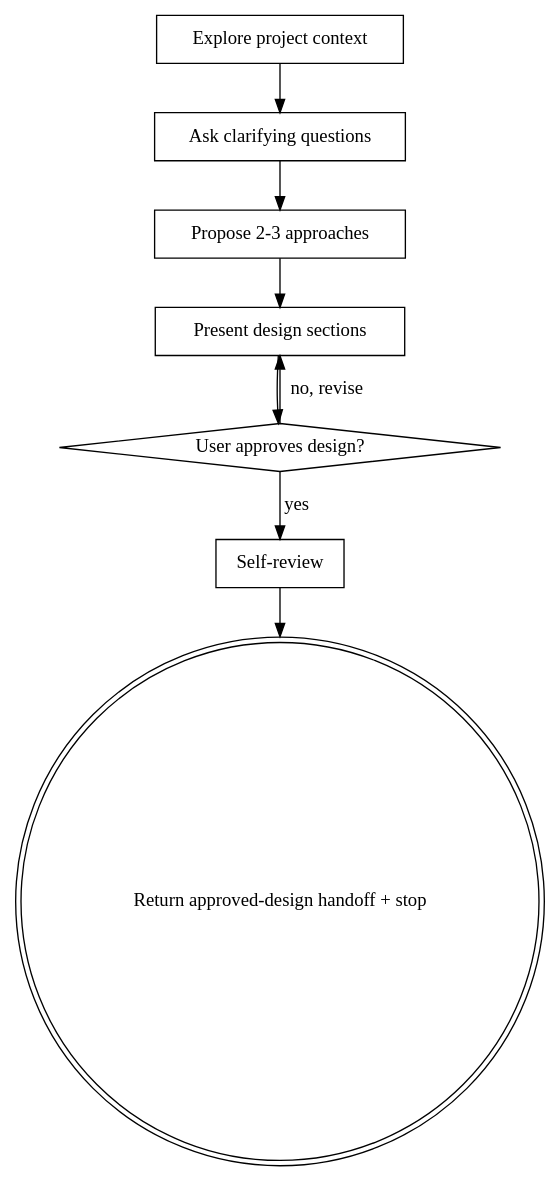
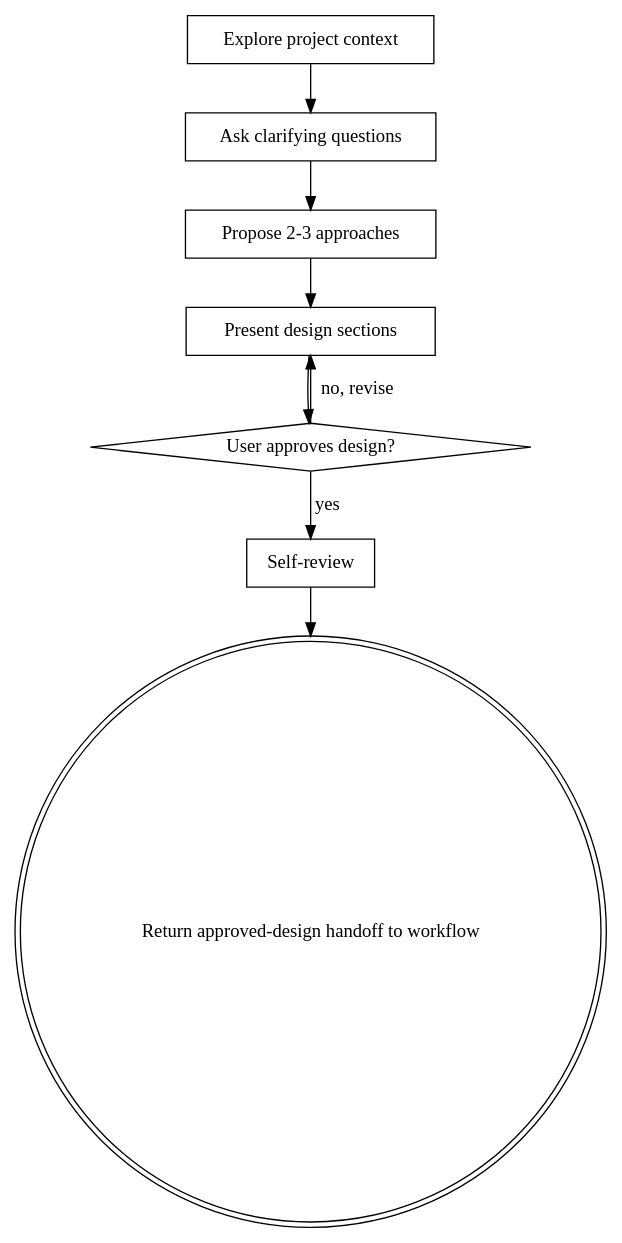
One commit to romiluz13/auto-pi changed the diagram in skills/brainstorming/SKILL.md. Above: the diagram before and after it, drawn with Graphviz. The commit also changed other lines of this file and 34 other files, not shown here.

````diff
--- a/skills/brainstorming/SKILL.md
+++ b/skills/brainstorming/SKILL.md
@@ -36,19 +36,19 @@
 ```dot
 digraph brainstorming {
     "Explore project context" [shape=box];
     "Ask clarifying questions" [shape=box];
     "Propose 2-3 approaches" [shape=box];
     "Present design sections" [shape=box];
     "User approves design?" [shape=diamond];
     "Self-review" [shape=box];
-    "Return approved-design handoff + stop" [shape=doublecircle];
+    "Return approved-design handoff to workflow" [shape=doublecircle];
 
     "Explore project context" -> "Ask clarifying questions";
     "Ask clarifying questions" -> "Propose 2-3 approaches";
     "Propose 2-3 approaches" -> "Present design sections";
     "Present design sections" -> "User approves design?";
     "User approves design?" -> "Present design sections" [label="no, revise"];
     "User approves design?" -> "Self-review" [label="yes"];
-    "Self-review" -> "Return approved-design handoff + stop";
+    "Self-review" -> "Return approved-design handoff to workflow";
 }
 ```
````
